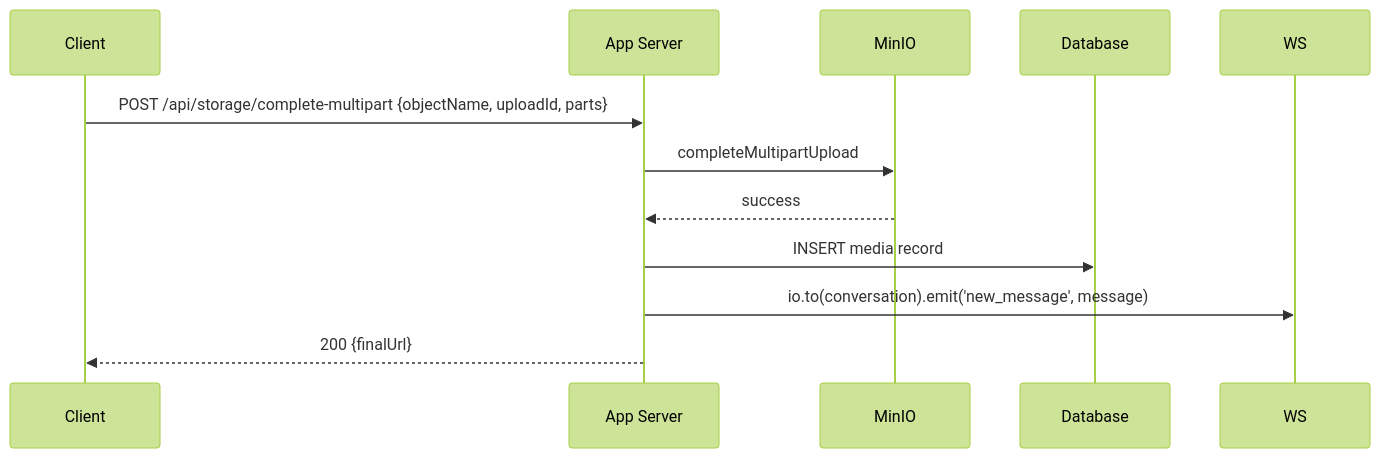
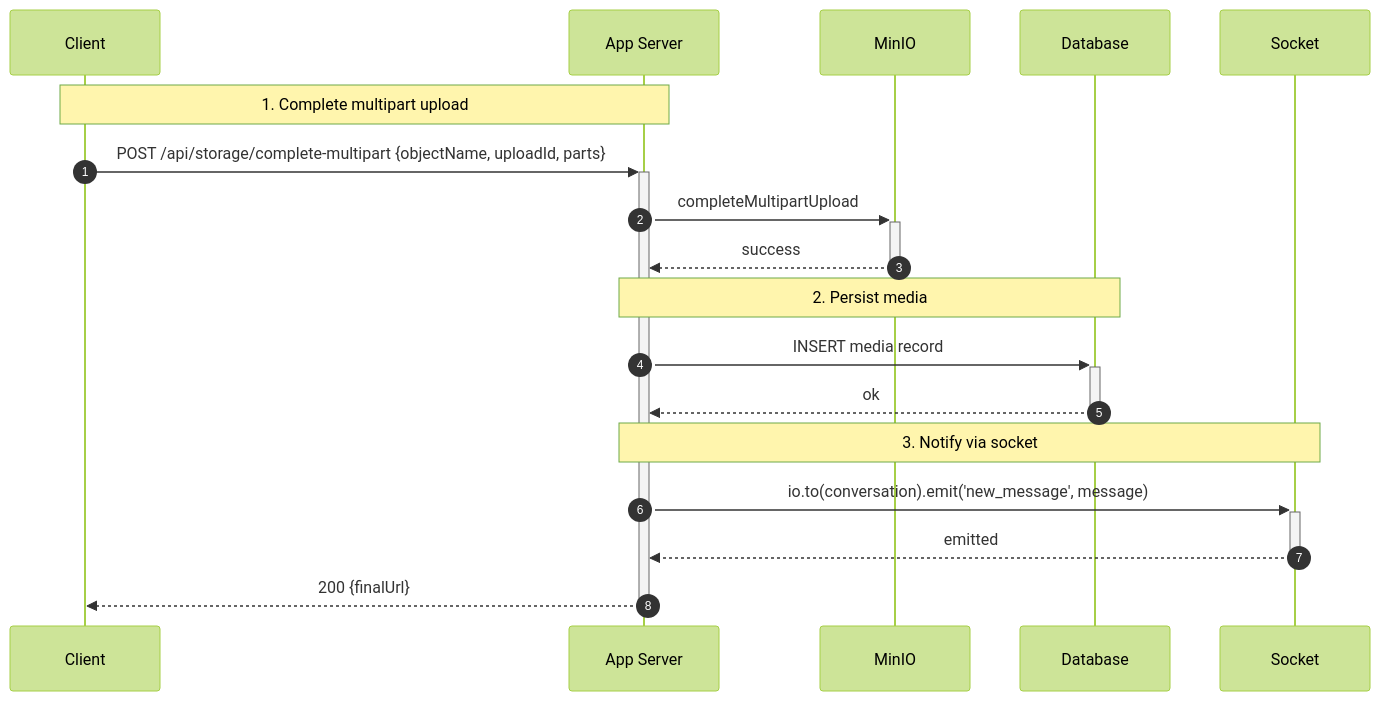
Before and after one commit to dinhhoang235/Chat-App: the third of 4 diagrams in docs/messaging.md, drawn with Mermaid (forest theme). The commit also changed other lines of this file and 12 other files, not shown here.

Commit message:
docs: enhance sequence diagrams with detailed notes for various features

````diff
--- a/docs/messaging.md
+++ b/docs/messaging.md
@@ -65,14 +96,23 @@
 ```mermaid
 sequenceDiagram
+  autonumber
   participant C as Client
   participant API as App Server
   participant Min as MinIO
   participant DB as Database
+  participant WS as Socket
 
-  C->>API: POST /api/storage/complete-multipart {objectName, uploadId, parts}
-  API->>Min: completeMultipartUpload
-  Min-->>API: success
-  API->>DB: INSERT media record
-  API->>WS: io.to(conversation).emit('new_message', message)
-  API-->>C: 200 {finalUrl}
+  Note over C,API: 1. Complete multipart upload
+  C->>+API: POST /api/storage/complete-multipart {objectName, uploadId, parts}
+  API->>+Min: completeMultipartUpload
+  Min-->>-API: success
+
+  Note over API,DB: 2. Persist media
+  API->>+DB: INSERT media record
+  DB-->>-API: ok
+
+  Note over API,WS: 3. Notify via socket
+  API->>+WS: io.to(conversation).emit('new_message', message)
+  WS-->>-API: emitted
+  API-->>-C: 200 {finalUrl}
 ```
````
